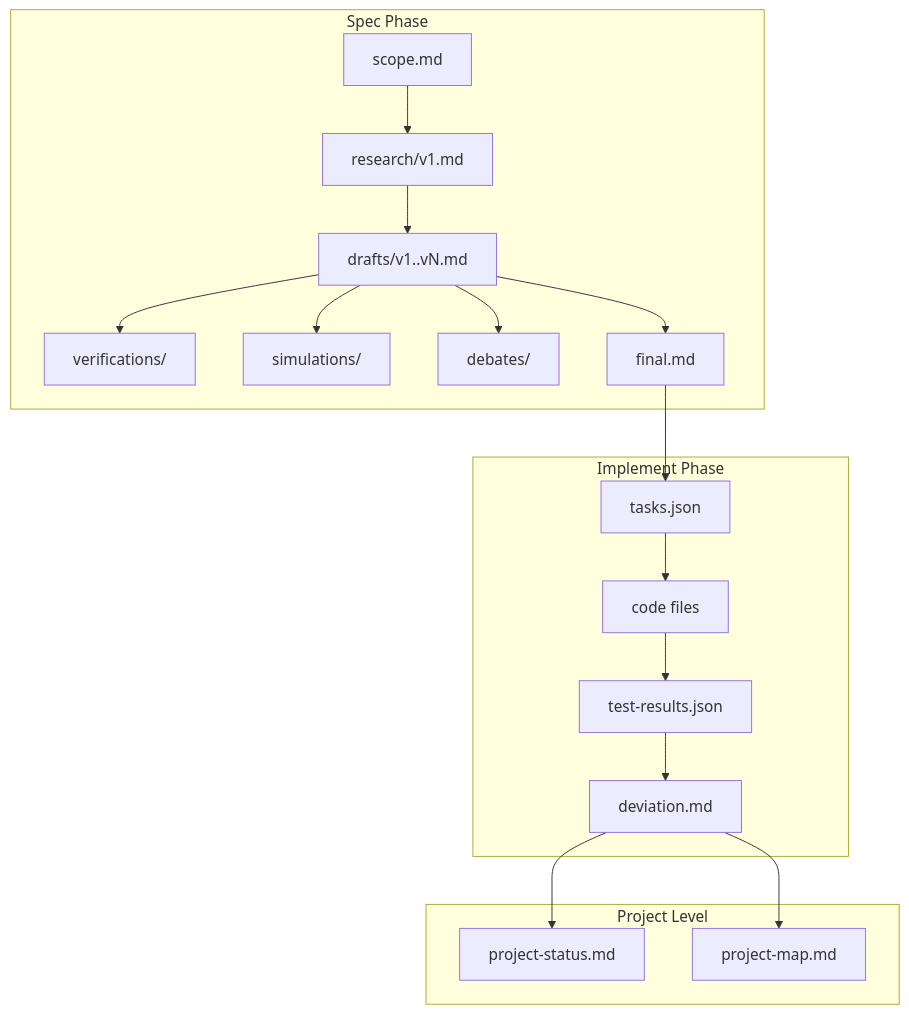
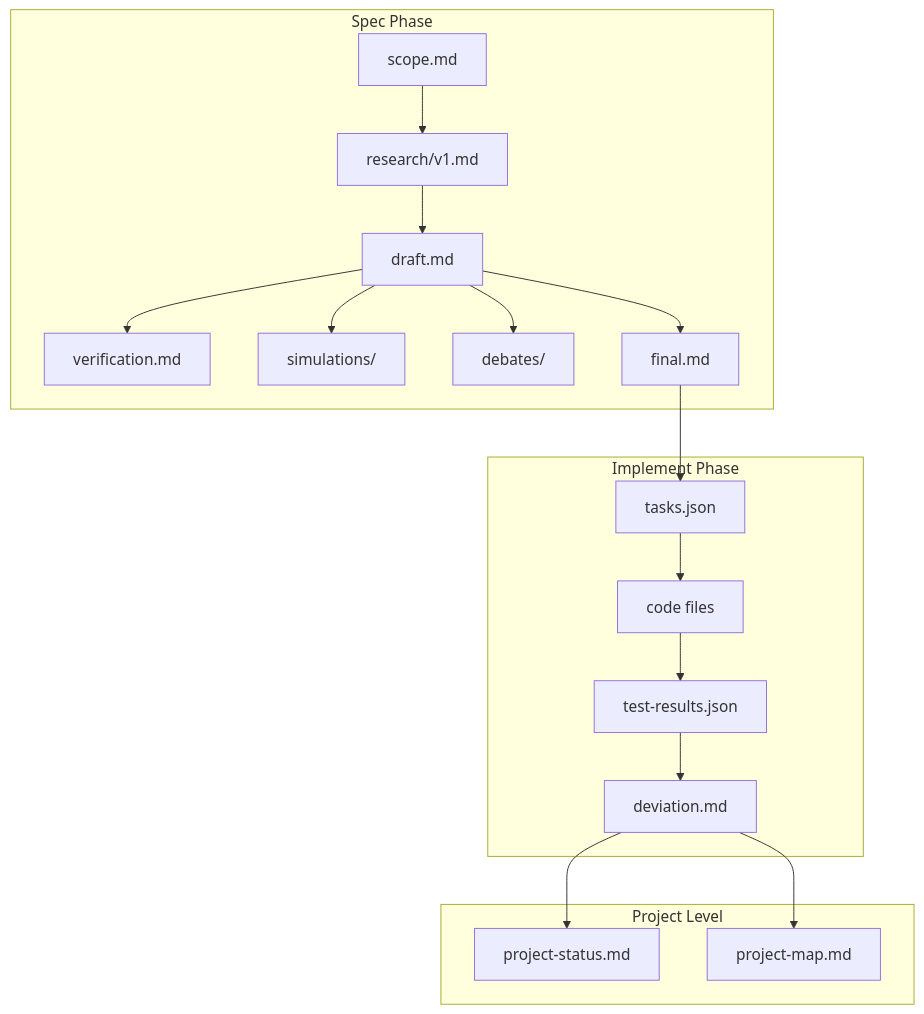
Before and after one commit to imtemp-dev/claude-forge: the seventh of 8 diagrams in README.md, drawn with Mermaid. The commit also changed 17 other files, not shown here.

````diff
--- a/README.md
+++ b/README.md
@@ -220,23 +220,23 @@
 ```mermaid
 flowchart TD
     subgraph Spec Phase
         SC["scope.md"] --> RS["research/v1.md"]
-        RS --> DR["drafts/v1..vN.md"]
-        DR --> VF["verifications/"]
+        RS --> DR["draft.md"]
+        DR --> VF["verification.md"]
         DR --> SM["simulations/"]
         DR --> DB["debates/"]
         DR --> FM["final.md"]
     end
 
     subgraph Implement Phase
         FM --> TK["tasks.json"]
         TK --> CODE["code files"]
         CODE --> TR["test-results.json"]
         TR --> DV["deviation.md"]
     end
 
     subgraph Project Level
         DV --> PS["project-status.md"]
         DV --> PM["project-map.md"]
     end
 ```
````
